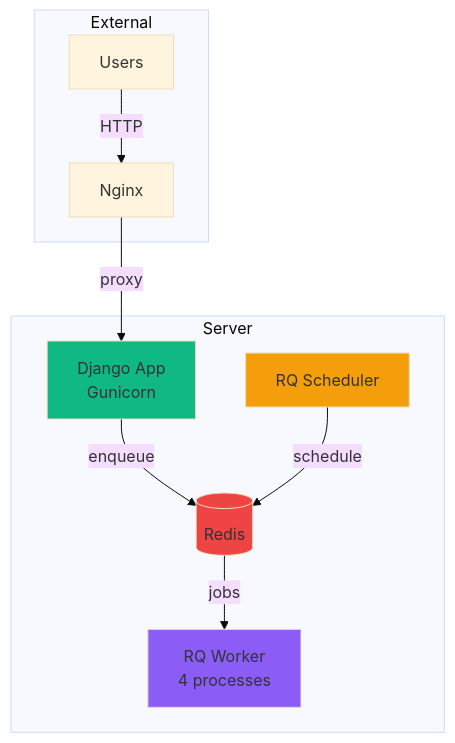
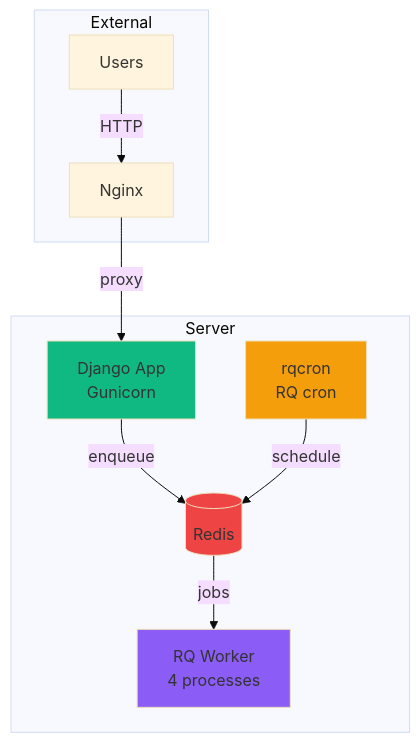
One commit to markolofsen/django-cfg changed diagram 17 of 18 in docs/features/modules/django-rq/architecture.mdx. Above: the diagram before and after it, drawn with Mermaid (base theme). The commit also changed other lines of this file and 288 other files, not shown here.

````diff
--- a/docs/features/modules/django-rq/architecture.mdx
+++ b/docs/features/modules/django-rq/architecture.mdx
@@ -700,25 +700,25 @@
 ```mermaid
 graph TB
     subgraph "Server"
         Django[Django App<br/>Gunicorn]
         Worker[RQ Worker<br/>4 processes]
-        Scheduler[RQ Scheduler]
+        Scheduler[rqcron<br/>RQ cron]
         Redis[(Redis)]
     end
 
     subgraph "External"
         Users[Users]
         Nginx[Nginx]
     end
 
     Users -->|HTTP| Nginx
     Nginx -->|proxy| Django
     Django -->|enqueue| Redis
     Redis -->|jobs| Worker
     Scheduler -->|schedule| Redis
 
     style Django fill:#10b981
     style Worker fill:#8b5cf6
     style Scheduler fill:#f59e0b
     style Redis fill:#ef4444
 ```
````
